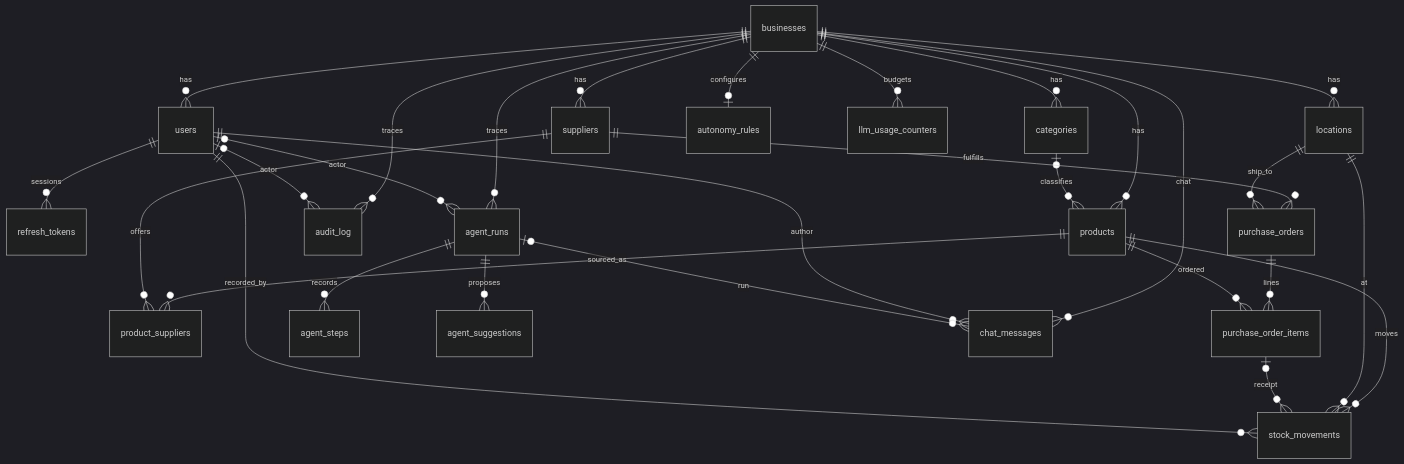
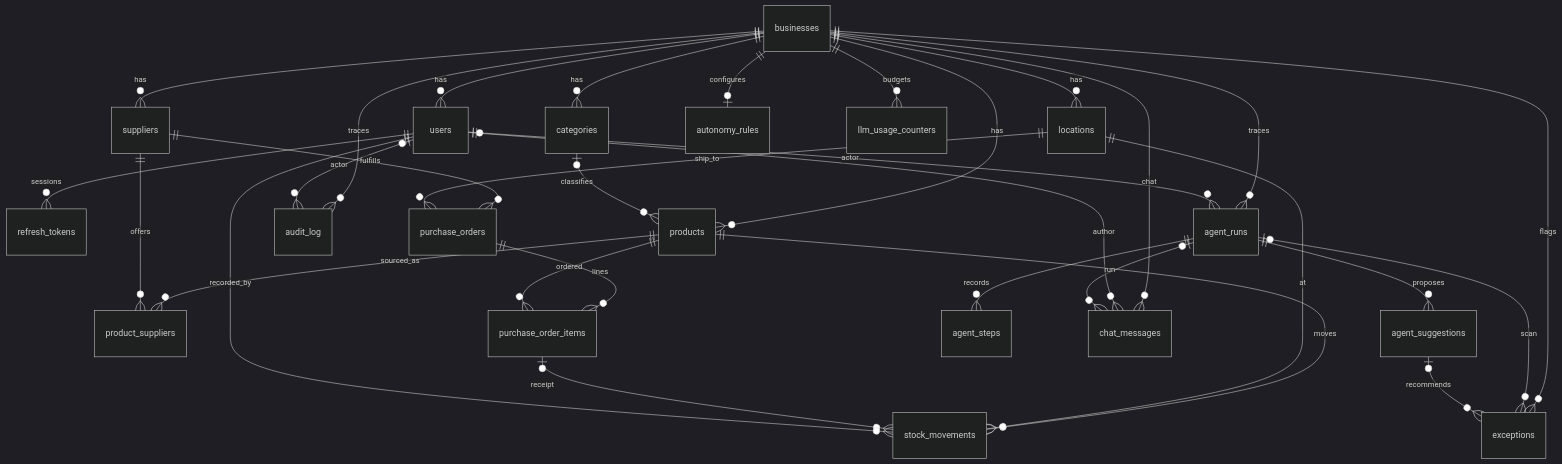
One commit to shreyanshhhhhhhh/Inventory_AI changed the diagram in docs/DATA_MODEL.md. Above: the diagram before and after it, drawn with Mermaid (dark theme). The commit also changed other lines of this file and 84 other files, not shown here.

Commit message:
Add forecast agent eval and exception monitor with nightly scan.

````diff
--- a/docs/DATA_MODEL.md
+++ b/docs/DATA_MODEL.md
@@ -17,31 +17,34 @@
 ```mermaid
 erDiagram
   businesses ||--o{ users : has
   users ||--o{ refresh_tokens : sessions
   businesses ||--o{ locations : has
   businesses ||--o{ categories : has
   businesses ||--o{ products : has
   categories |o--o{ products : classifies
   businesses ||--o{ suppliers : has
   products ||--o{ product_suppliers : sourced_as
   suppliers ||--o{ product_suppliers : offers
   suppliers ||--o{ purchase_orders : fulfills
   locations ||--o{ purchase_orders : ship_to
   purchase_orders ||--o{ purchase_order_items : lines
   products ||--o{ purchase_order_items : ordered
   products ||--o{ stock_movements : moves
   locations ||--o{ stock_movements : at
   purchase_order_items |o--o{ stock_movements : receipt
   users ||--o{ stock_movements : recorded_by
   businesses ||--o{ audit_log : traces
   businesses ||--o| autonomy_rules : configures
+  businesses ||--o{ exceptions : flags
+  agent_runs |o--o{ exceptions : scan
+  agent_suggestions |o--o{ exceptions : recommends
   users |o--o{ audit_log : actor
   businesses ||--o{ agent_runs : traces
   users |o--o{ agent_runs : actor
   agent_runs ||--o{ agent_steps : records
   agent_runs ||--o{ agent_suggestions : proposes
   businesses ||--o{ llm_usage_counters : budgets
   businesses ||--o{ chat_messages : chat
   users ||--o{ chat_messages : author
   agent_runs |o--o{ chat_messages : run
 ```
````
